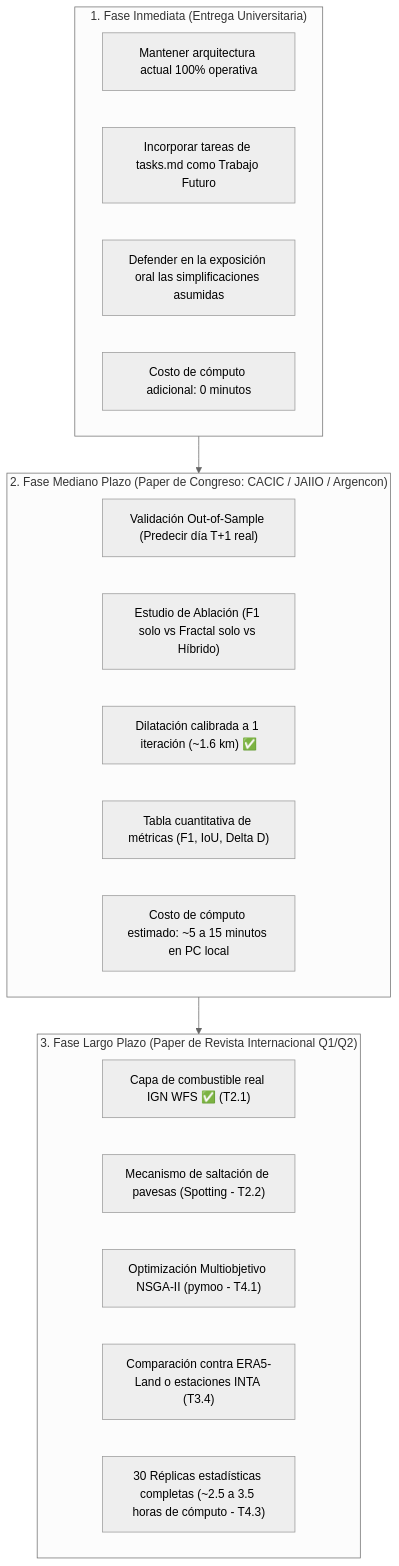
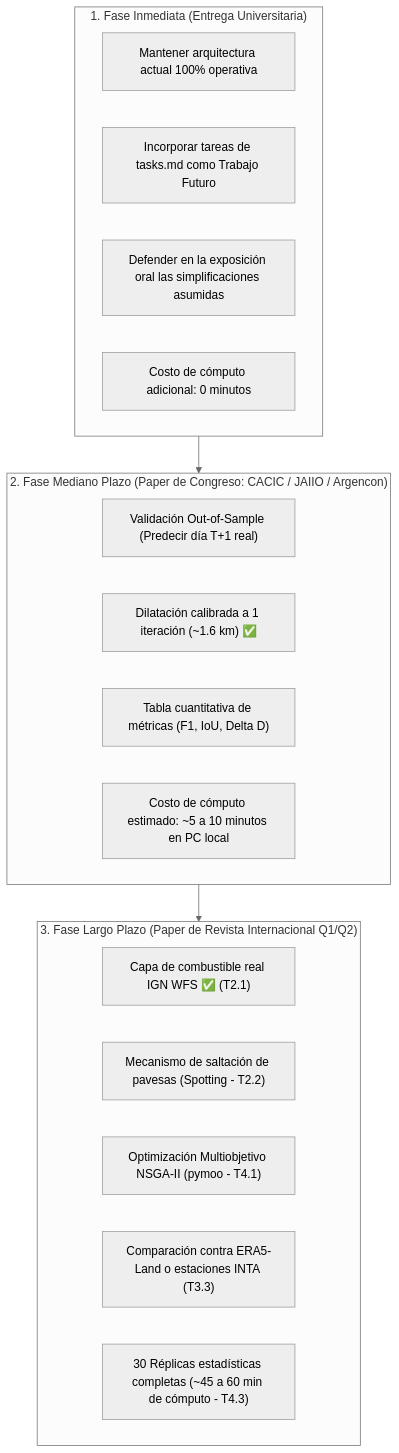
Before and after one commit to ConstanFinelli/Incendios-Fractales: the diagram in docs/tasks.md, drawn with Mermaid (neutral theme). The commit also changed other lines of this file, not shown here.

````diff
--- a/docs/tasks.md
+++ b/docs/tasks.md
@@ -229,27 +217,26 @@
 ```mermaid
 flowchart TD
     subgraph Fase_Inmediata ["1. Fase Inmediata (Entrega Universitaria)"]
         F1_1["Mantener arquitectura actual 100% operativa"]
         F1_2["Incorporar tareas de tasks.md como Trabajo Futuro"]
         F1_3["Defender en la exposición oral las simplificaciones asumidas"]
         F1_4["Costo de cómputo adicional: 0 minutos"]
     end
 
     subgraph Fase_Congreso ["2. Fase Mediano Plazo (Paper de Congreso: CACIC / JAIIO / Argencon)"]
         F2_1["Validación Out-of-Sample (Predecir día T+1 real)"]
-        F2_2["Estudio de Ablación (F1 solo vs Fractal solo vs Híbrido)"]
-        F2_3["Dilatación calibrada a 1 iteración (~1.6 km) ✅"]
-        F2_4["Tabla cuantitativa de métricas (F1, IoU, Delta D)"]
-        F2_5["Costo de cómputo estimado: ~5 a 15 minutos en PC local"]
+        F2_2["Dilatación calibrada a 1 iteración (~1.6 km) ✅"]
+        F2_3["Tabla cuantitativa de métricas (F1, IoU, Delta D)"]
+        F2_4["Costo de cómputo estimado: ~5 a 10 minutos en PC local"]
     end
 
     subgraph Fase_Revista ["3. Fase Largo Plazo (Paper de Revista Internacional Q1/Q2)"]
         F3_1["Capa de combustible real IGN WFS ✅ (T2.1)"]
         F3_2["Mecanismo de saltación de pavesas (Spotting - T2.2)"]
         F3_3["Optimización Multiobjetivo NSGA-II (pymoo - T4.1)"]
-        F3_4["Comparación contra ERA5-Land o estaciones INTA (T3.4)"]
-        F3_5["30 Réplicas estadísticas completas (~2.5 a 3.5 horas de cómputo - T4.3)"]
+        F3_4["Comparación contra ERA5-Land o estaciones INTA (T3.3)"]
+        F3_5["30 Réplicas estadísticas completas (~45 a 60 min de cómputo - T4.3)"]
     end
 
     Fase_Inmediata --> Fase_Congreso --> Fase_Revista
 ```
````
